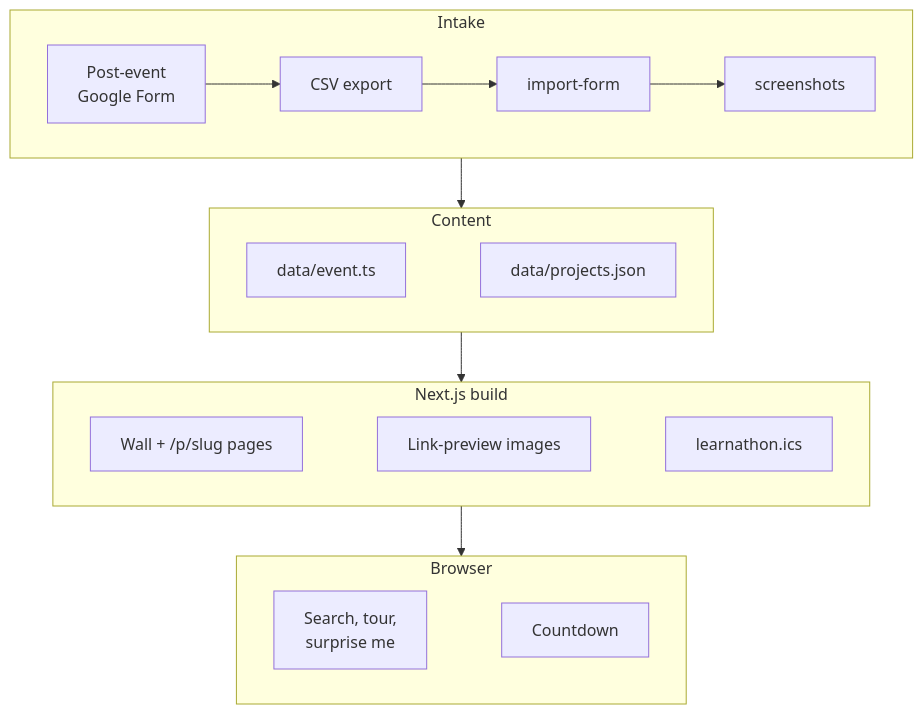
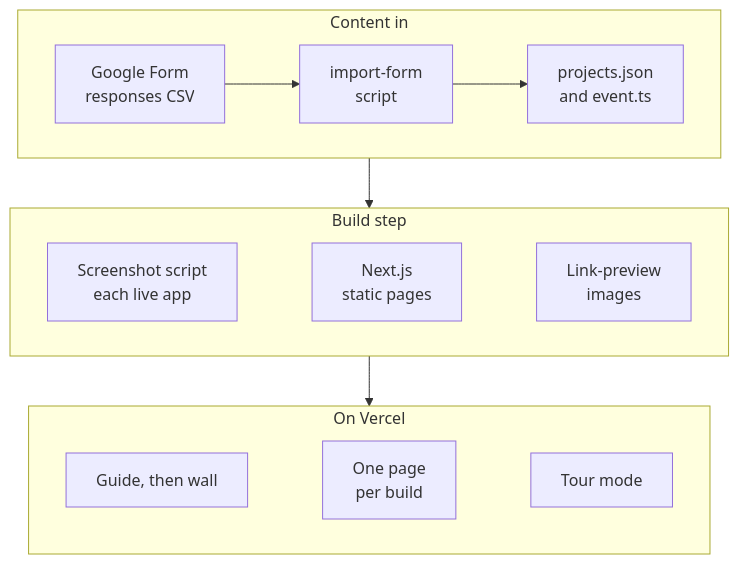
The diagram in README.md (bhnsadhu/replit-learnathon), drawn with Mermaid before and after one commit. The commit also changed other lines of this file and 4 other files, not shown here.

````diff
--- a/README.md
+++ b/README.md
@@ -42,20 +36,17 @@
 ```mermaid
 flowchart TD
-  subgraph Intake["Intake"]
+  subgraph input["Content in"]
     direction LR
-    form["Post-event<br/>Google Form"] --> csv["CSV export"] --> imp["import-form"] --> shots["screenshots"]
+    form["Google Form<br/>responses CSV"] --> imp["import-form<br/>script"] --> data["projects.json<br/>and event.ts"]
   end
-  subgraph Source["Content"]
+  subgraph build["Build step"]
     direction LR
-    event["data/event.ts"] ~~~ json["data/projects.json"]
+    shots["Screenshot script<br/>each live app"] ~~~ next["Next.js<br/>static pages"] ~~~ og["Link-preview<br/>images"]
   end
-  subgraph Build["Next.js build"]
+  subgraph out["On Vercel"]
     direction LR
-    pages["Wall + /p/slug pages"] ~~~ og["Link-preview images"] ~~~ ics["learnathon.ics"]
+    home["Guide, then wall"] ~~~ pages["One page<br/>per build"] ~~~ tour["Tour mode"]
   end
-  subgraph Browser["Browser"]
-    direction LR
-    wall["Search, tour,<br/>surprise me"] ~~~ clock["Countdown"]
-  end
-  Intake --> Source --> Build --> Browser
+  input --> build
+  build --> out
 ```
````
